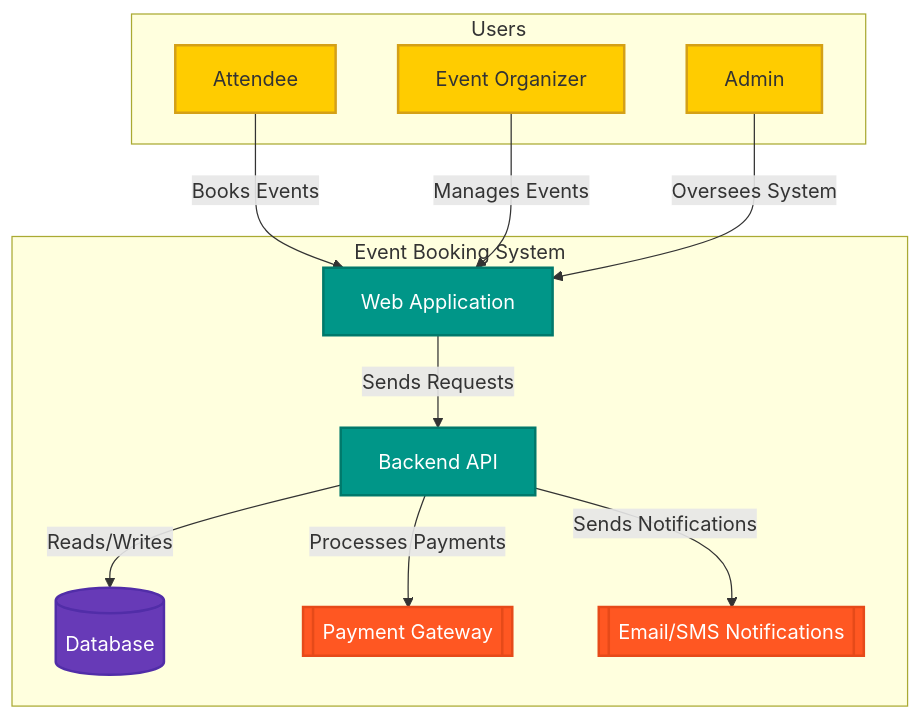
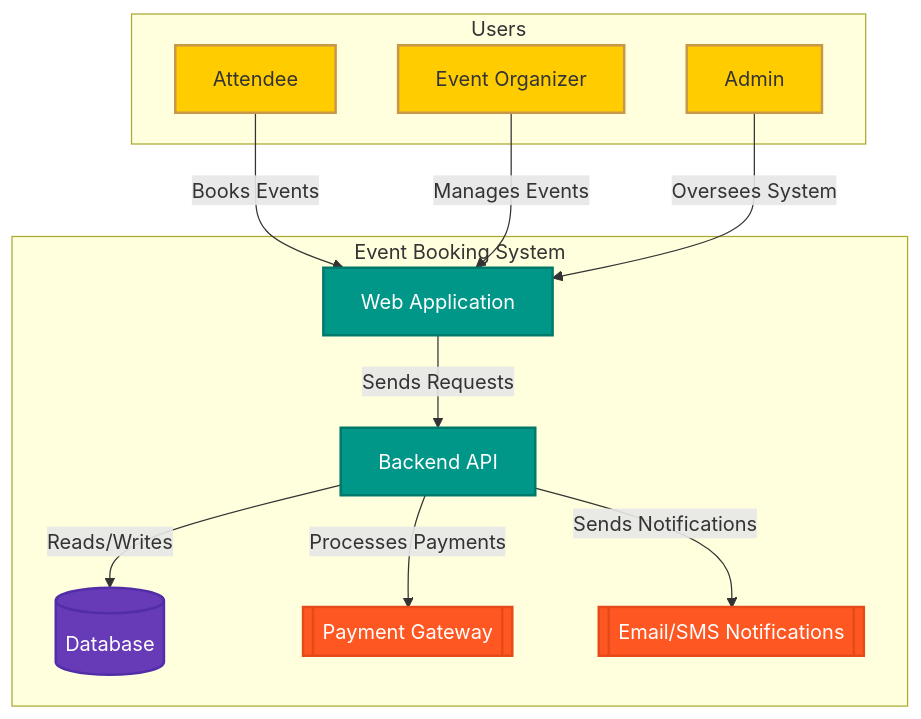
Before and after one commit to celeste-smith/event-booking-system: the first of 4 diagrams in ARCHITECTURE.md, drawn with Mermaid.

Commit message:
Update ARCHITECTURE.md
5th change. I am giving colour and changing colours to my diagram.

````diff
--- a/ARCHITECTURE.md
+++ b/ARCHITECTURE.md
@@ -33,39 +33,39 @@
 ```mermaid
 graph TD;
     %% Define styles
-    classDef userStyle fill:#ffcc00,stroke:#d4a017,stroke-width:2px;
+    classDef userStyle fill:#ffcc00,stroke:#C7984A,stroke-width:2px;
     classDef systemStyle fill:#009688,stroke:#00796B,stroke-width:2px,color:white;
     classDef serviceStyle fill:#607D8B,stroke:#455A64,stroke-width:2px,color:white;
     classDef dbStyle fill:#673AB7,stroke:#512DA8,stroke-width:2px,color:white;
     classDef externalStyle fill:#FF5722,stroke:#E64A19,stroke-width:2px,color:white;
     
     subgraph Users["Users"]
         Attendee["Attendee"]
         Organizer["Event Organizer"]
         Admin["Admin"]
     end
     
     subgraph EventBookingSystem["Event Booking System"]
         WebApp["Web Application"]
         API["Backend API"]
         DB[("Database")]
         PaymentGateway[["Payment Gateway"]]
         NotificationService[["Email/SMS Notifications"]]
     end
     
     %% Define relationships
     Attendee -- Books Events --> WebApp;
     Organizer -- Manages Events --> WebApp;
     Admin -- Oversees System --> WebApp;
     WebApp -- Sends Requests --> API;
     API -- Reads/Writes --> DB;
     API -- Processes Payments --> PaymentGateway;
     API -- Sends Notifications --> NotificationService;
 
     %% Apply styles
     class Attendee,Organizer,Admin userStyle;
     class WebApp,API systemStyle;
     class DB dbStyle;
     class PaymentGateway,NotificationService externalStyle;
 
 ```
````
